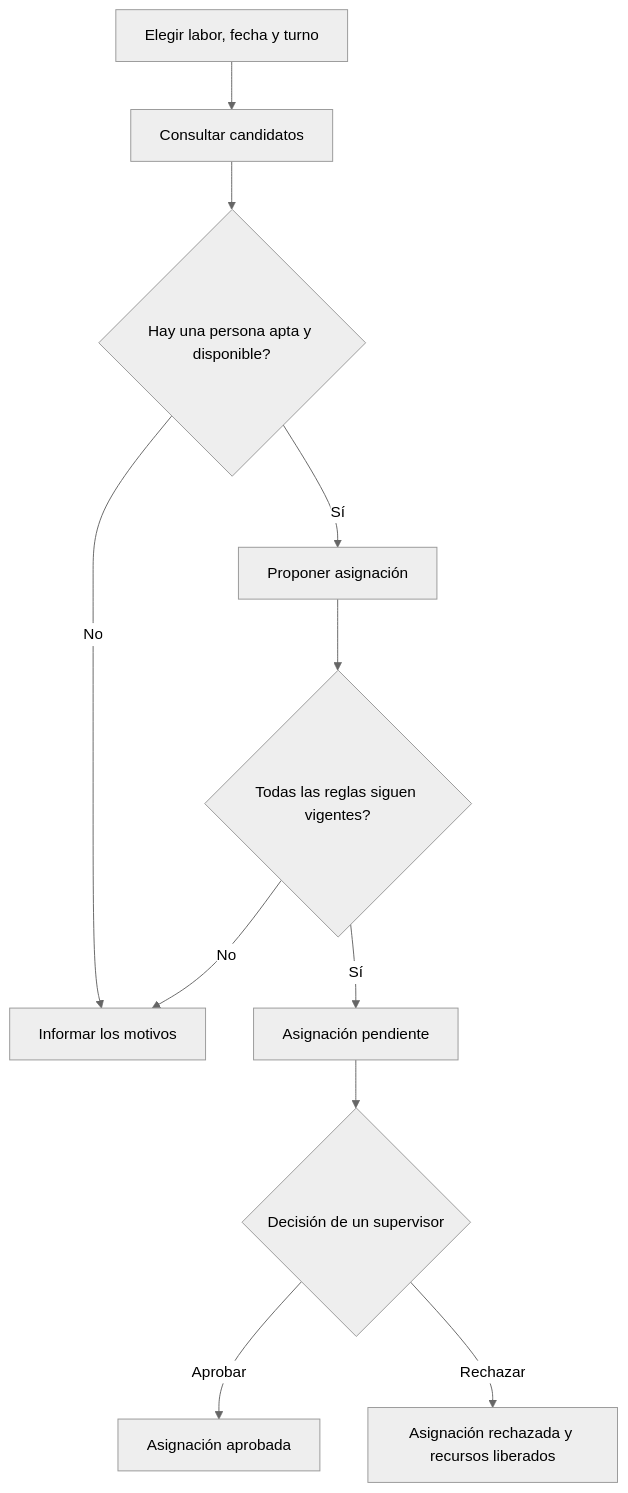
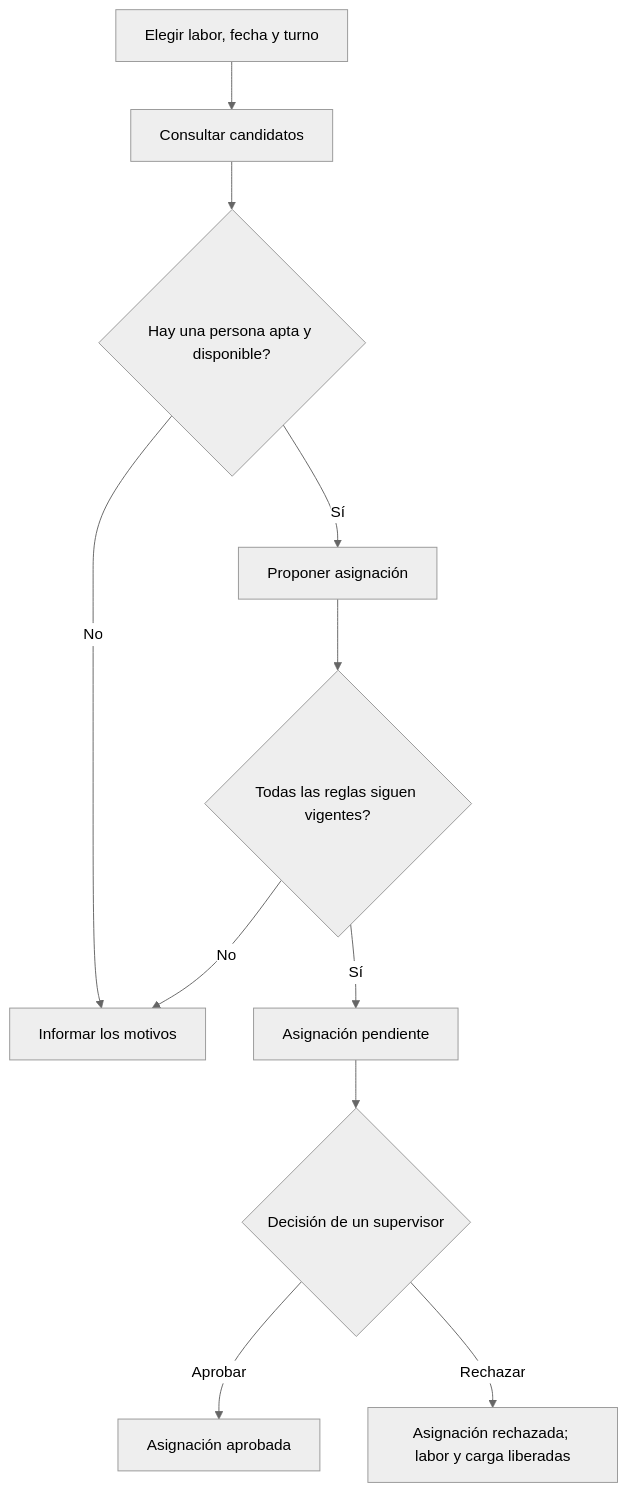
One commit to estructuras-y-programacion-itba/tp-gestion-capacidades-inteligente changed the second of 2 diagrams in README.md. Above: the diagram before and after it, drawn with Mermaid (neutral theme). The commit also changed other lines of this file, not shown here.

Commit message:
actualiza reglas de capacidad y carga horaria

````diff
--- a/README.md
+++ b/README.md
@@ -53,13 +53,13 @@
 ```mermaid
 flowchart TD
     A[Elegir labor, fecha y turno] --> B[Consultar candidatos]
     B --> C{Hay una persona apta y disponible?}
     C -->|No| D[Informar los motivos]
     C -->|Sí| E[Proponer asignación]
     E --> F{Todas las reglas siguen vigentes?}
     F -->|No| D
     F -->|Sí| G[Asignación pendiente]
     G --> H{Decisión de un supervisor}
     H -->|Aprobar| I[Asignación aprobada]
-    H -->|Rechazar| J[Asignación rechazada y recursos liberados]
+    H -->|Rechazar| J[Asignación rechazada; labor y carga liberadas]
 ```
````
